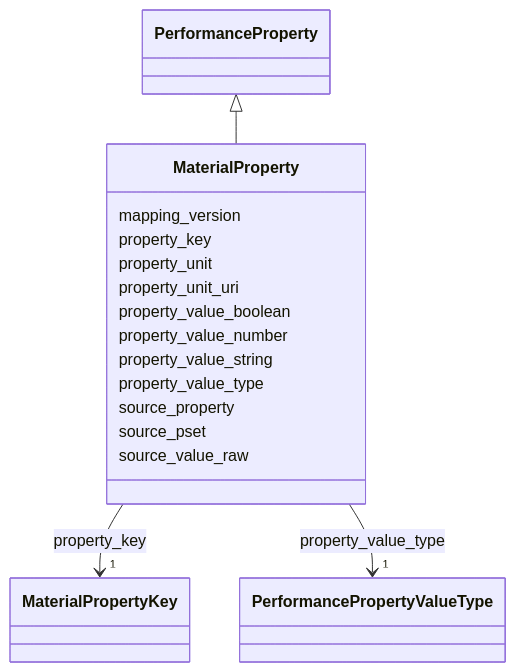
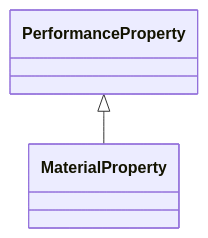
Before and after one commit to simondilhas/pragmatic-bim-data-contract: the diagram in site/.md-src/schema/MaterialProperty.md, drawn with Mermaid. The commit also changed other lines of this file and 561 other files, not shown here.

First line of the commit message:
Integrate Mermaid and Panzoom for enhanced documentation visualization

````diff
--- a/site/.md-src/schema/MaterialProperty.md
+++ b/site/.md-src/schema/MaterialProperty.md
@@ -23,22 +23,10 @@
 ```mermaid
- classDiagram
-    class MaterialProperty
-    click MaterialProperty href "./MaterialProperty.html"
-      PerformanceProperty <|-- MaterialProperty
-        click PerformanceProperty href "./PerformanceProperty.html"
-      MaterialProperty : mapping_version
-      MaterialProperty : property_key
-        MaterialProperty --> "1" MaterialPropertyKey : property_key
-        click MaterialPropertyKey href "./MaterialPropertyKey.html"
-      MaterialProperty : property_unit
-      MaterialProperty : property_unit_uri
-      MaterialProperty : property_value_boolean
-      MaterialProperty : property_value_number
-      MaterialProperty : property_value_string
-      MaterialProperty : property_value_type
-        MaterialProperty --> "1" PerformancePropertyValueType : property_value_type
-        click PerformancePropertyValueType href "./PerformancePropertyValueType.html"
-      MaterialProperty : source_property
-      MaterialProperty : source_pset
-      MaterialProperty : source_value_raw
+classDiagram
+direction TB
+class MaterialProperty
+click MaterialProperty href "./MaterialProperty.html" _blank
+PerformanceProperty <|-- MaterialProperty
+click PerformanceProperty href "./PerformanceProperty.html" _blank
+click MaterialPropertyKey href "./MaterialPropertyKey.html" _blank
+click PerformancePropertyValueType href "./PerformancePropertyValueType.html" _blank
 ```
````
